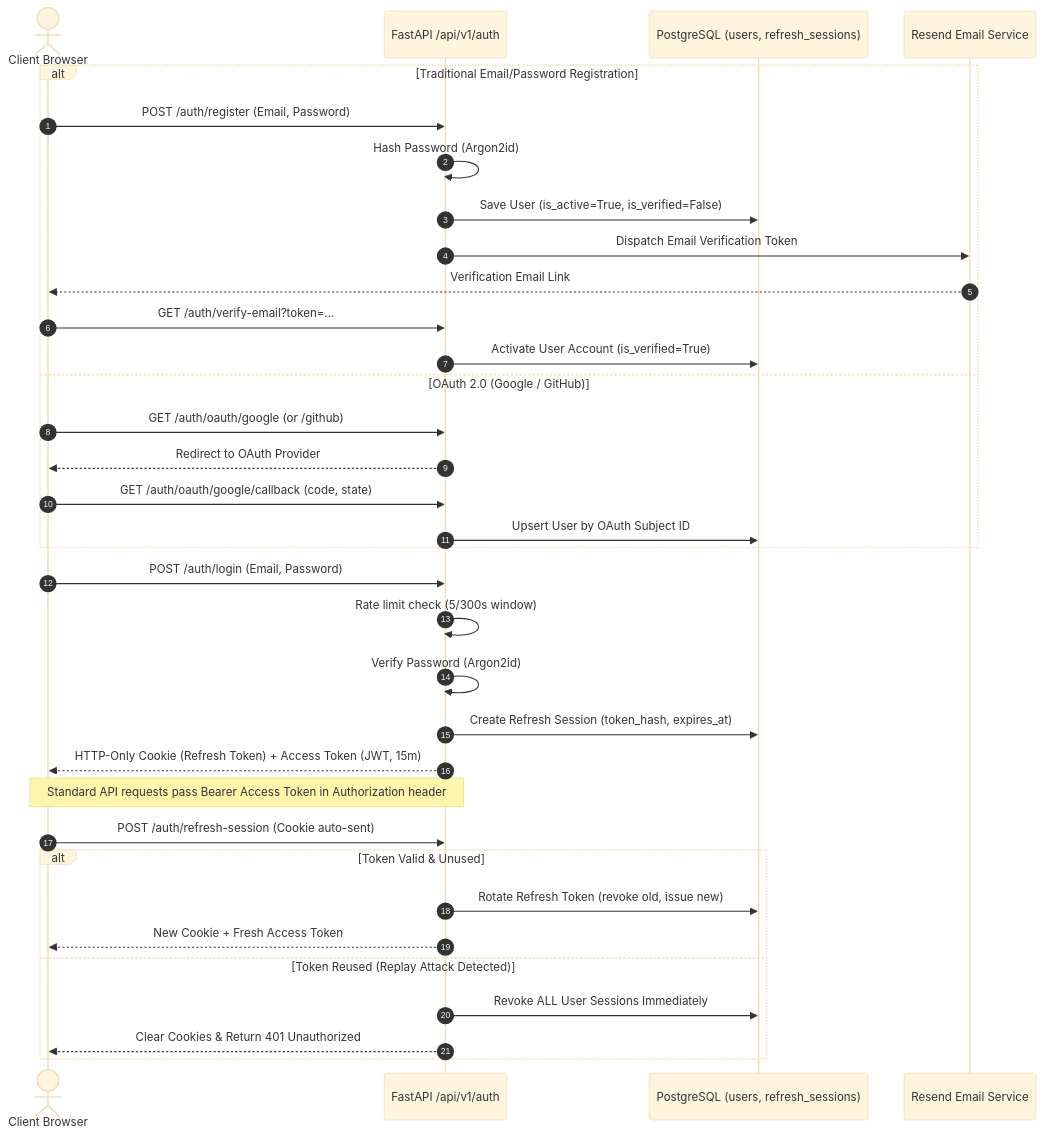
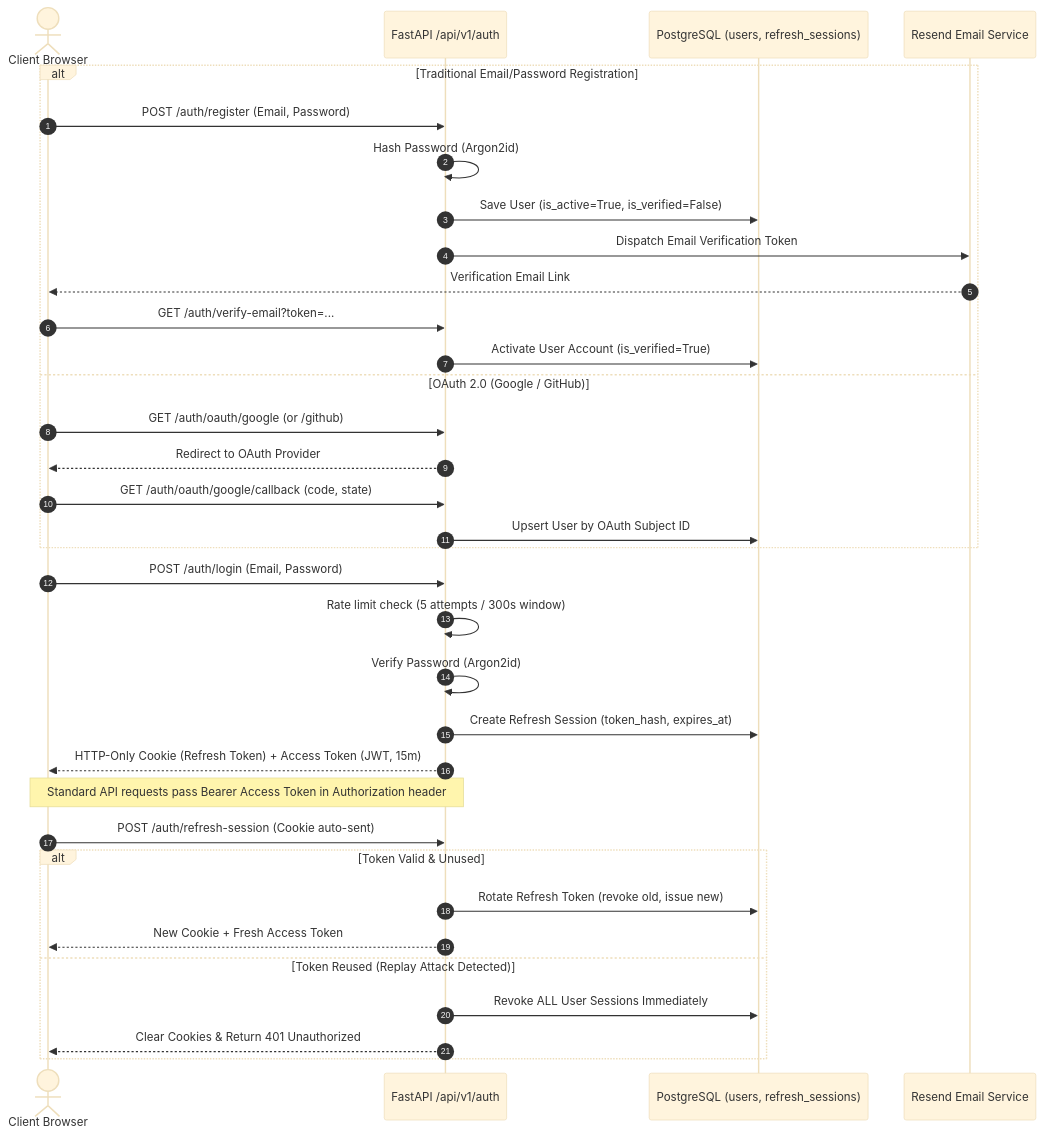
One commit to Satya-Naraharisetty/FusionRAG changed the fourth of 7 diagrams in ARCHITECTURE.md. Above: the diagram before and after it, drawn with Mermaid (base theme). The commit also changed other lines of this file and 3 other files, not shown here.

Commit message:
docs: expand system architecture documentation to include security, retrieval, and ingestion pipeline enhancements

````diff
--- a/ARCHITECTURE.md
+++ b/ARCHITECTURE.md
@@ -117,40 +141,40 @@
 ```mermaid
 sequenceDiagram
     autonumber
     actor User as Client Browser
     participant API as FastAPI /api/v1/auth
     participant DB as PostgreSQL (users, refresh_sessions)
     participant Resend as Resend Email Service
 
     alt Traditional Email/Password Registration
         User->>API: POST /auth/register (Email, Password)
         API->>API: Hash Password (Argon2id)
         API->>DB: Save User (is_active=True, is_verified=False)
         API->>Resend: Dispatch Email Verification Token
         Resend-->>User: Verification Email Link
         User->>API: GET /auth/verify-email?token=...
         API->>DB: Activate User Account (is_verified=True)
     else OAuth 2.0 (Google / GitHub)
         User->>API: GET /auth/oauth/google (or /github)
         API-->>User: Redirect to OAuth Provider
         User->>API: GET /auth/oauth/google/callback (code, state)
         API->>DB: Upsert User by OAuth Subject ID
     end
 
     User->>API: POST /auth/login (Email, Password)
-    API->>API: Rate limit check (5/300s window)
+    API->>API: Rate limit check (5 attempts / 300s window)
     API->>API: Verify Password (Argon2id)
     API->>DB: Create Refresh Session (token_hash, expires_at)
     API-->>User: HTTP-Only Cookie (Refresh Token) + Access Token (JWT, 15m)
 
     Note over User, API: Standard API requests pass Bearer Access Token in Authorization header
 
     User->>API: POST /auth/refresh-session (Cookie auto-sent)
     alt Token Valid & Unused
         API->>DB: Rotate Refresh Token (revoke old, issue new)
         API-->>User: New Cookie + Fresh Access Token
     else Token Reused (Replay Attack Detected)
         API->>DB: Revoke ALL User Sessions Immediately
         API-->>User: Clear Cookies & Return 401 Unauthorized
     end
 ```
````
